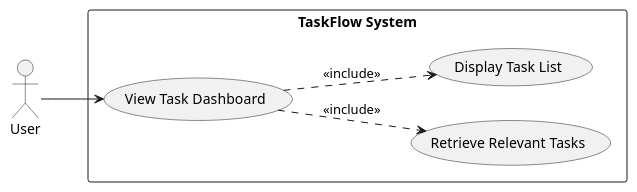
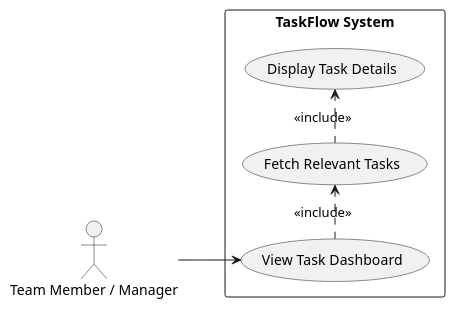
One commit to Chaman532003/framework changed the eighth of 9 diagrams in artifacts/spec/spec.md. Above: the diagram before and after it, drawn with PlantUML. The commit also changed other lines of this file, not shown here.

````diff
--- a/artifacts/spec/spec.md
+++ b/artifacts/spec/spec.md
@@ -499,18 +512,18 @@
 ```plantuml
 @startuml
 left to right direction
 skinparam packageStyle rectangle
 
-actor User
+actor "Team Member / Manager" as User
 
 rectangle "TaskFlow System" {
   usecase (View Task Dashboard) as UC8
-  usecase (Retrieve Relevant Tasks) as UC_RetrieveTasks
-  usecase (Display Task List) as UC_DisplayList
+  usecase (Fetch Relevant Tasks) as UC8_1
+  usecase (Display Task Details) as UC8_2
 }
 
 User --> UC8
-UC8 ..> UC_RetrieveTasks : <<include>>
-UC8 ..> UC_DisplayList : <<include>>
+UC8 .> UC8_1 : <<include>>
+UC8_1 .> UC8_2 : <<include>>
 @enduml
 ```
````
